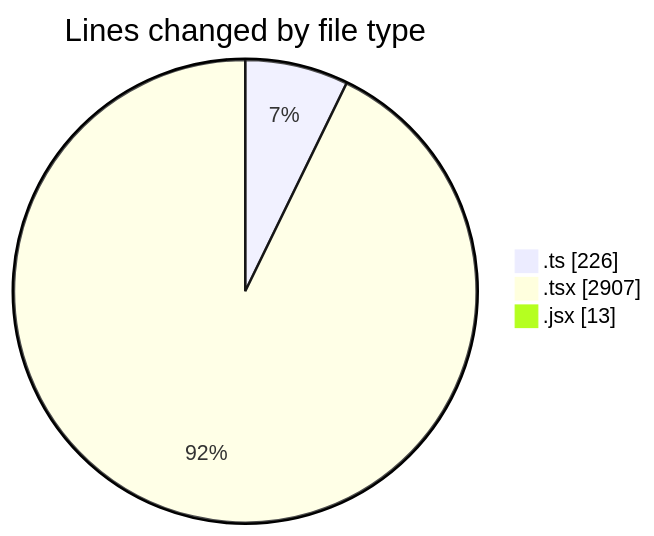
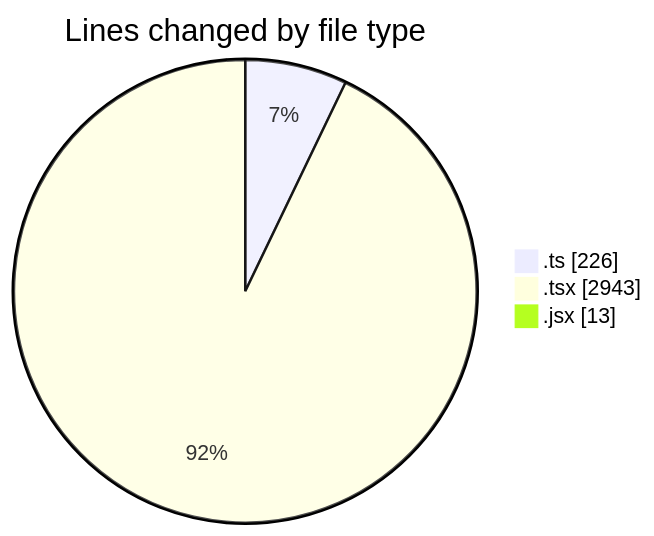
The first of 2 diagrams in 2025-12-02/cda/README.md (momahboobian/code-tracking), drawn with Mermaid before and after one commit. The commit also changed other lines of this file and 1 other file, not shown here.

````diff
--- a/2025-12-02/cda/README.md
+++ b/2025-12-02/cda/README.md
@@ -30,7 +30,7 @@
 ```mermaid
 pie showData
 title Lines changed by file type
 ".ts" : 226
-".tsx" : 2907
+".tsx" : 2943
 ".jsx" : 13
 ```
````
